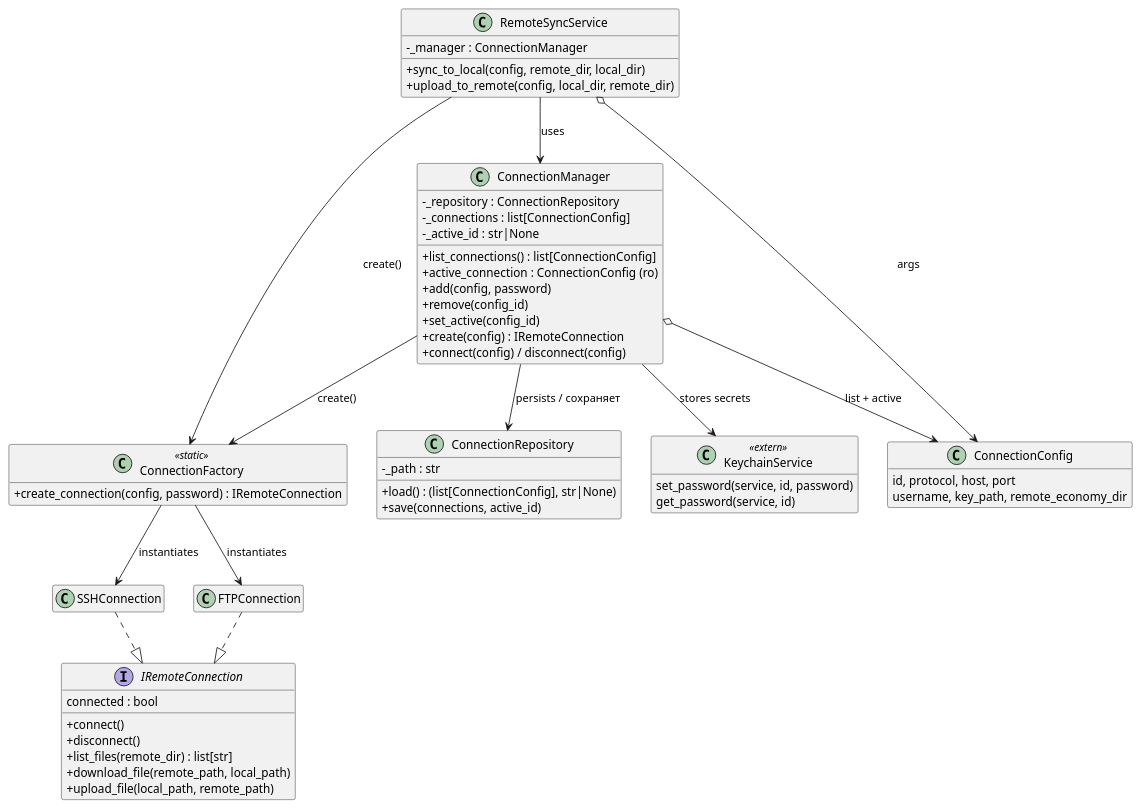
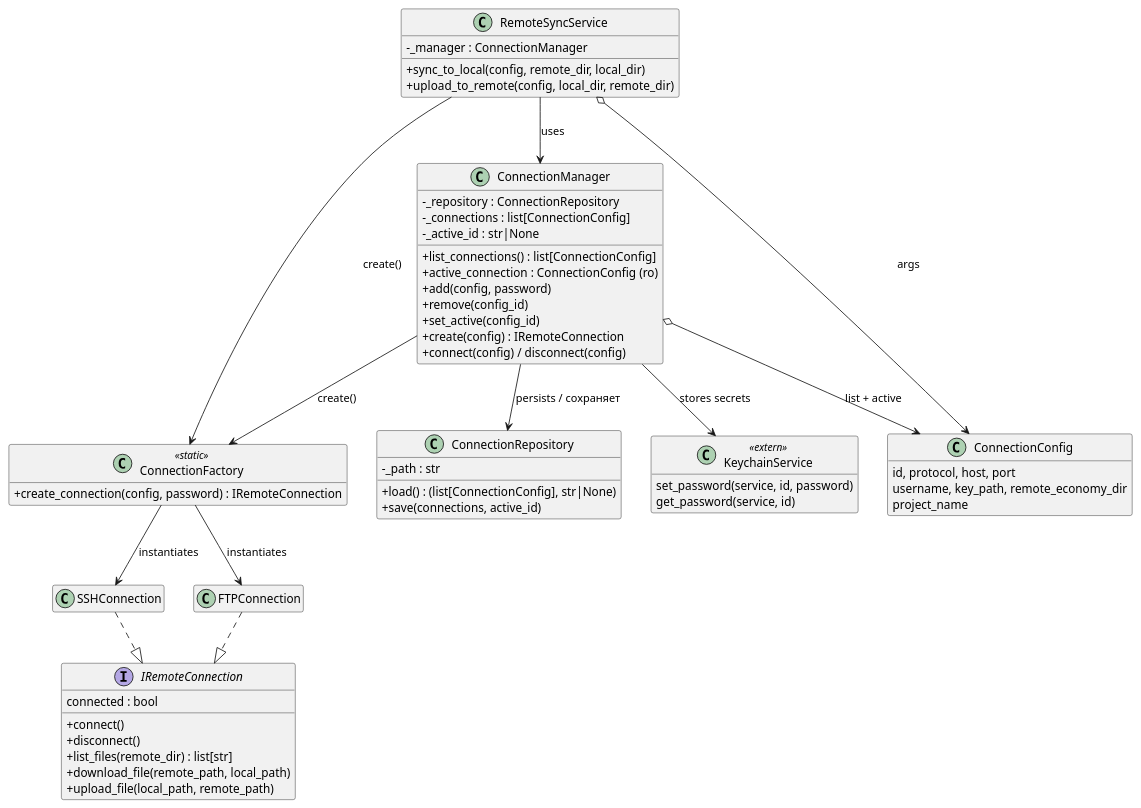
The diagram in docs/diagrams/class-transports.puml (qotique/yetee), drawn with PlantUML before and after one commit. The commit also changed 28 other files, not shown here.

First line of the commit message:
feat: add remote SSH/FTP connections with auto-upload

```diff
--- a/docs/diagrams/class-transports.puml
+++ b/docs/diagrams/class-transports.puml
@@ -1,77 +1,78 @@
 @startuml
-' Remote transports (WIP, not on main): IRemoteConnection -> SSH/FTP via factory.
+' Remote transports (issue/25): IRemoteConnection -> SSH/FTP via factory.
 ' ConnectionManager owns ConnectionRepository and stores passwords in keyring.
 ' Regenerated: uv run pyreverse src -o puml -p yetee -d docs/diagrams/generated
 '
-' Remote-транспорты (WIP, не в main): IRemoteConnection -> SSH/FTP через фабрику.
+' Remote-транспорты (issue/25): IRemoteConnection -> SSH/FTP через фабрику.
 ' ConnectionManager владеет ConnectionRepository и хранит пароль в keyring.
 ' Регенерируется: uv run pyreverse src -o puml -p yetee -d docs/diagrams/generated
 
 skinparam classAttributeIconSize 0
 hide empty members
 
 interface IRemoteConnection {
   connected : bool
   + connect()
   + disconnect()
   + list_files(remote_dir) : list[str]
   + download_file(remote_path, local_path)
   + upload_file(local_path, remote_path)
 }
 
 class SSHConnection
 class FTPConnection
 class ConnectionFactory <<static>> {
   + create_connection(config, password) : IRemoteConnection
 }
 
 class ConnectionManager {
   - _repository : ConnectionRepository
   - _connections : list[ConnectionConfig]
   - _active_id : str|None
   + list_connections() : list[ConnectionConfig]
   + active_connection : ConnectionConfig (ro)
   + add(config, password)
   + remove(config_id)
   + set_active(config_id)
   + create(config) : IRemoteConnection
   + connect(config) / disconnect(config)
 }
 
 class ConnectionRepository {
   - _path : str
   + load() : (list[ConnectionConfig], str|None)
   + save(connections, active_id)
 }
 
 class ConnectionConfig {
   id, protocol, host, port
   username, key_path, remote_economy_dir
+  project_name
 }
 
 class KeychainService <<extern>> {
   set_password(service, id, password)
   get_password(service, id)
 }
 
 class RemoteSyncService {
   - _manager : ConnectionManager
   + sync_to_local(config, remote_dir, local_dir)
   + upload_to_remote(config, local_dir, remote_dir)
 }
 
 SSHConnection ..|> IRemoteConnection
 FTPConnection ..|> IRemoteConnection
 
 ConnectionManager --> ConnectionRepository : "persists / сохраняет"
 ConnectionManager o--> ConnectionConfig : "list + active"
 ConnectionManager --> ConnectionFactory : "create()"
 ConnectionFactory --> SSHConnection : "instantiates"
 ConnectionFactory --> FTPConnection : "instantiates"
 ConnectionManager --> KeychainService : "stores secrets"
 
 RemoteSyncService --> ConnectionManager : "uses"
 RemoteSyncService --> ConnectionFactory : "create()"
 RemoteSyncService o--> ConnectionConfig : "args"
 
 @enduml
```
